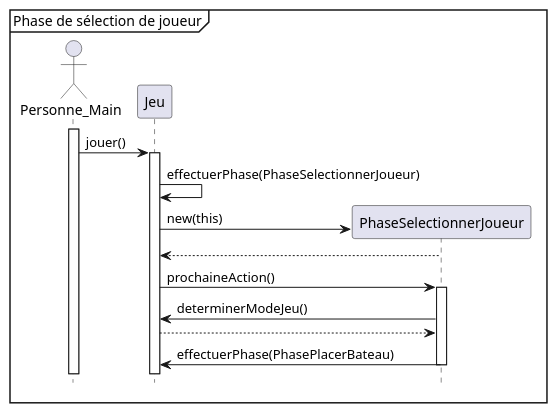
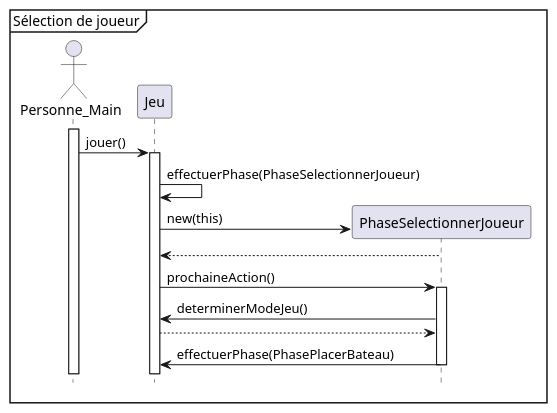
One commit to Patroklos99/5153_TP2-Battleship-AI-Pattern-Conception_Engineering2 changed the diagram in diagrammes_conception/diagrammes_patrons/sequence_état_1.puml. Above: the diagram before and after it, drawn with PlantUML.

Commit message:
Tweak diagramme de sequence

```diff
--- a/diagrammes_conception/diagrammes_patrons/sequence_état_1.puml
+++ b/diagrammes_conception/diagrammes_patrons/sequence_état_1.puml
@@ -1,30 +1,30 @@
 @startuml
 'https://plantuml.com/sequence-diagram
 
 hide footbox
-mainframe Phase de sélection de joueur
+mainframe Sélection de joueur
 
 actor Personne_Main as personne
 participant Jeu
 participant PhaseSelectionnerJoueur
 activate personne
 
 personne -> Jeu : jouer()
 activate Jeu
 
 Jeu -> Jeu : effectuerPhase(PhaseSelectionnerJoueur)
 
 create PhaseSelectionnerJoueur
 Jeu -> PhaseSelectionnerJoueur : new(this)
 Jeu <-- PhaseSelectionnerJoueur
 
 
 Jeu -> PhaseSelectionnerJoueur : prochaineAction()
 activate PhaseSelectionnerJoueur
 Jeu <- PhaseSelectionnerJoueur : determinerModeJeu()
 Jeu --> PhaseSelectionnerJoueur
 Jeu <- PhaseSelectionnerJoueur : effectuerPhase(PhasePlacerBateau)
 
 deactivate PhaseSelectionnerJoueur
 
 @enduml
```
